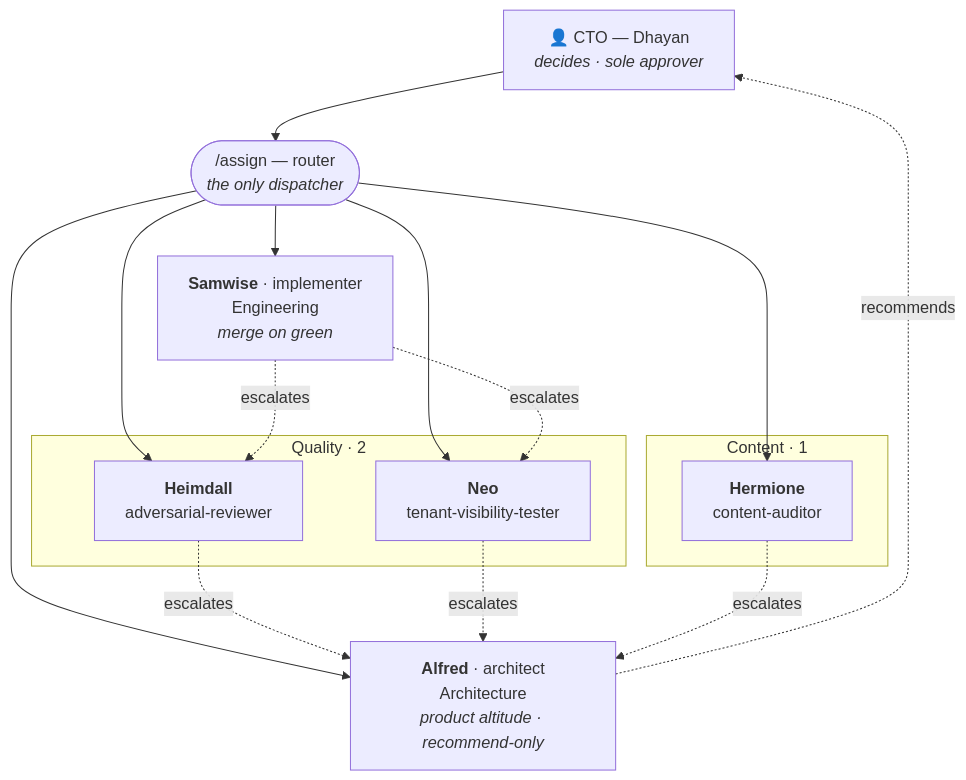
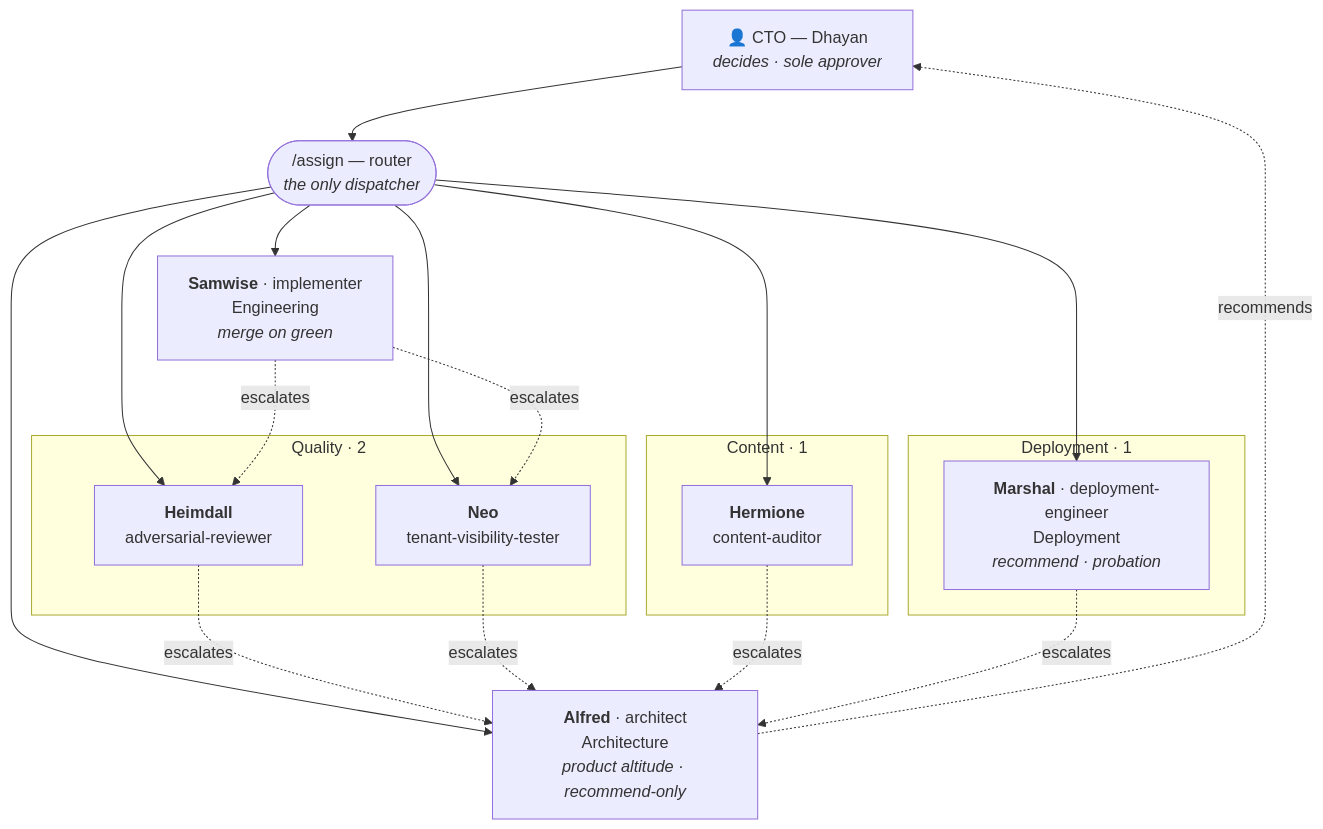
One commit to Indian-VCs/V-Team changed the diagram in README.md. Above: the diagram before and after it, drawn with Mermaid. The commit also changed other lines of this file and 1 other file, not shown here.

First line of the commit message:
docs(readme): Marshal on the org chart; pin the version.md format

````diff
--- a/README.md
+++ b/README.md
@@ -107,34 +116,40 @@
 ```mermaid
 flowchart TD
     CTO["👤 CTO — Dhayan<br/><i>decides · sole approver</i>"]
     ROUTER(["/assign — router<br/><i>the only dispatcher</i>"])
 
     ALFRED["<b>Alfred</b> · architect<br/>Architecture<br/><i>product altitude · recommend-only</i>"]
 
     HEIMDALL["<b>Heimdall</b><br/>adversarial-reviewer"]
     NEO["<b>Neo</b><br/>tenant-visibility-tester"]
     HERMIONE["<b>Hermione</b><br/>content-auditor"]
+    MARSHAL["<b>Marshal</b> · deployment-engineer<br/>Deployment<br/><i>recommend · probation</i>"]
     SAMWISE["<b>Samwise</b> · implementer<br/>Engineering<br/><i>merge on green</i>"]
 
     CTO --> ROUTER
     ROUTER --> ALFRED
     ROUTER --> HEIMDALL
     ROUTER --> NEO
     ROUTER --> HERMIONE
+    ROUTER --> MARSHAL
     ROUTER --> SAMWISE
 
     SAMWISE -. escalates .-> HEIMDALL
     SAMWISE -. escalates .-> NEO
     HEIMDALL -. escalates .-> ALFRED
     NEO -. escalates .-> ALFRED
     HERMIONE -. escalates .-> ALFRED
+    MARSHAL -. escalates .-> ALFRED
     ALFRED -. recommends .-> CTO
 
     subgraph QUALITY [" Quality · 2 "]
         HEIMDALL
         NEO
     end
     subgraph CONTENT [" Content · 1 "]
         HERMIONE
     end
+    subgraph DEPLOY [" Deployment · 1 "]
+        MARSHAL
+    end
 ```
````
